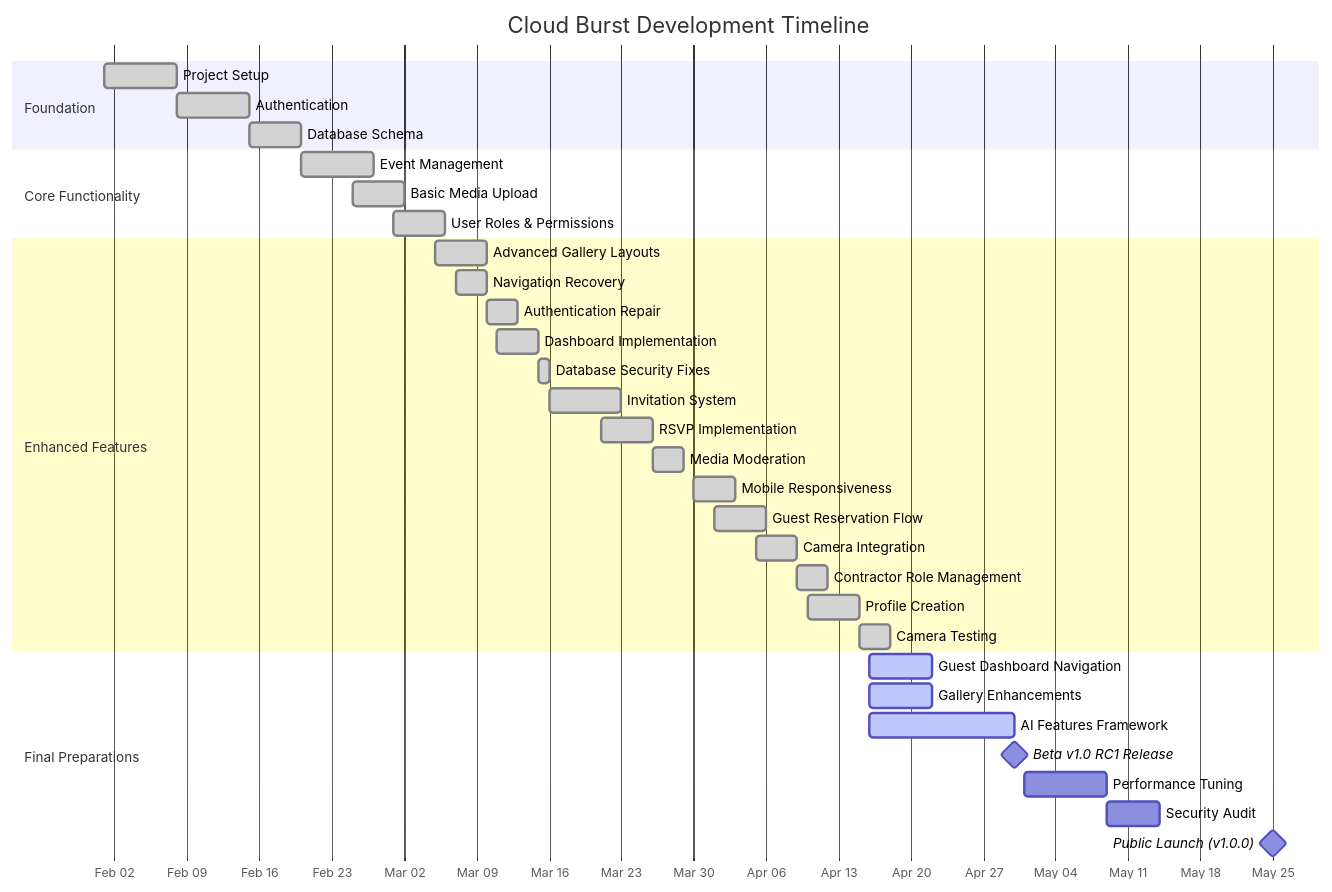
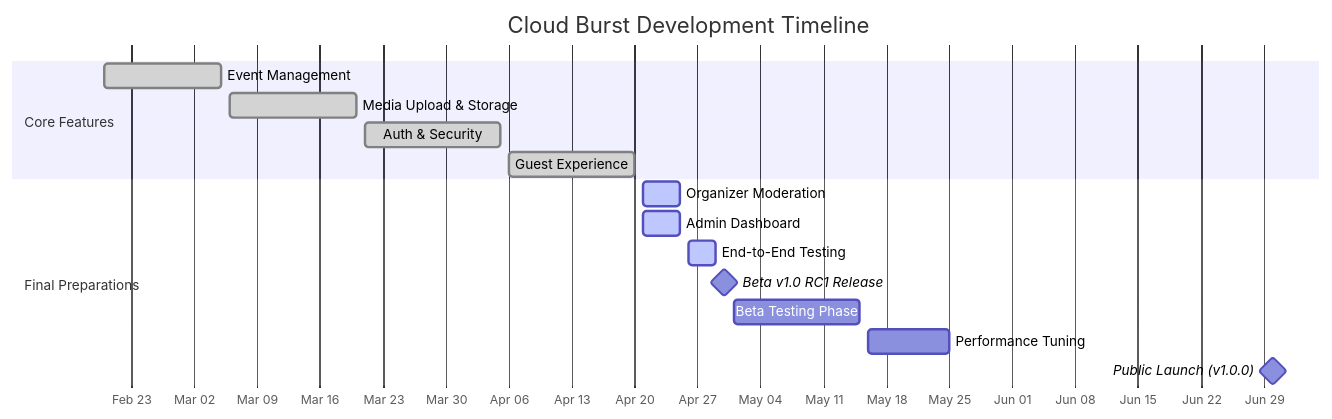
Before and after one commit to mrj0nesmtl/cloud-burst: the third of 3 diagrams in docs/README.md, drawn with Mermaid. The commit also changed other lines of this file and 35 other files, not shown here.

````diff
--- a/docs/README.md
+++ b/docs/README.md
@@ -278,41 +240,21 @@
 ```mermaid
 gantt
     title Cloud Burst Development Timeline
     dateFormat  YYYY-MM-DD
     axisFormat %b %d
     
-    section Foundation
-    Project Setup           :done, f1, 2025-02-01, 7d
-    Authentication          :done, f2, 2025-02-08, 7d
-    Database Schema         :done, f3, 2025-02-15, 5d
-    
-    section Core Functionality
-    Event Management        :done, c1, 2025-02-20, 7d
-    Basic Media Upload      :done, c2, 2025-02-25, 5d
-    User Roles & Permissions:done, c3, 2025-03-01, 5d
-    
-    section Enhanced Features
-    Advanced Gallery Layouts:done, e1, 2025-03-05, 5d
-    Navigation Recovery     :done, e2, 2025-03-07, 3d
-    Authentication Repair   :done, e3, 2025-03-10, 3d
-    Dashboard Implementation:done, e4, 2025-03-11, 4d
-    Database Security Fixes :done, e5, 2025-03-15, 1d
-    Invitation System       :done, e6, 2025-03-16, 7d
-    RSVP Implementation     :done, e7, 2025-03-21, 5d
-    Media Moderation        :done, e8, 2025-03-26, 3d
-    Mobile Responsiveness   :done, e9, 2025-03-30, 4d
-    Guest Reservation Flow  :done, e10, 2025-04-01, 5d
-    Camera Integration      :done, e11, 2025-04-05, 4d
-    Contractor Role Management :done, e12, 2025-04-09, 3d
-    Profile Creation        :done, e13, 2025-04-10, 5d
-    Camera Testing          :done, e14, 2025-04-15, 3d
+    section Core Features
+    Event Management        :done, c1, 2025-02-20, 2025-03-05
+    Media Upload & Storage  :done, c2, 2025-03-06, 2025-03-20
+    Auth & Security         :done, c3, 2025-03-21, 2025-04-05
+    Guest Experience        :done, c4, 2025-04-06, 2025-04-20
     
     section Final Preparations
-    Guest Dashboard Navigation :active, g1, 2025-04-16, 6d
-    Gallery Enhancements    :active, g2, 2025-04-16, 6d
-    AI Features Framework   :active, g3, 2025-04-16, 14d
-    Beta v1.0 RC1 Release   :milestone, b1, 2025-04-30, 0d
-    Performance Tuning      :o1, 2025-05-01, 8d
-    Security Audit          :o2, 2025-05-09, 5d
-    Public Launch (v1.0.0)  :milestone, l3, 2025-05-25, 0d
+    Organizer Moderation    :active, o1, 2025-04-21, 2025-04-25
+    Admin Dashboard         :active, o2, 2025-04-21, 2025-04-25
+    End-to-End Testing      :active, o3, 2025-04-26, 2025-04-29
+    Beta v1.0 RC1 Release   :milestone, m1, 2025-04-30, 0d
+    Beta Testing Phase      :b1, 2025-05-01, 2025-05-15
+    Performance Tuning      :p1, 2025-05-16, 2025-05-25
+    Public Launch (v1.0.0)  :milestone, m2, 2025-06-30, 0d
 ```
````
